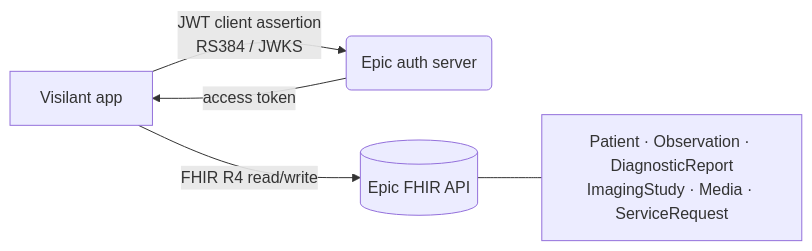
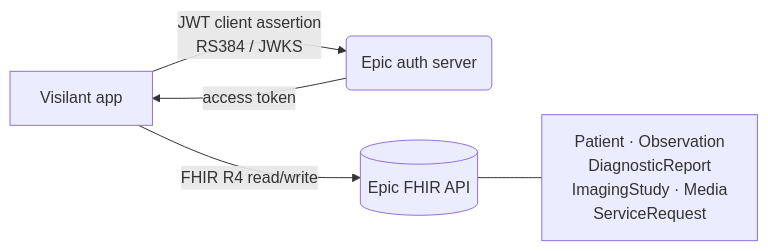
Before and after one commit to heyitskundan/heyitskundan: the diagram in README.md, drawn with Mermaid. The commit also changed other lines of this file, not shown here.

Commit message:
Fix diagram label wrap and toolkit table header

````diff
--- a/README.md
+++ b/README.md
@@ -44,7 +44,7 @@
 ```mermaid
 flowchart LR
   A[Visilant app] -->|JWT client assertion<br/>RS384 / JWKS| B(Epic auth server)
   B -->|access token| A
   A -->|FHIR R4 read/write| C[(Epic FHIR API)]
-  C --- D[Patient · Observation · DiagnosticReport<br/>ImagingStudy · Media · ServiceRequest]
+  C --- D["Patient · Observation<br/>DiagnosticReport<br/>ImagingStudy · Media<br/>ServiceRequest"]
 ```
````
